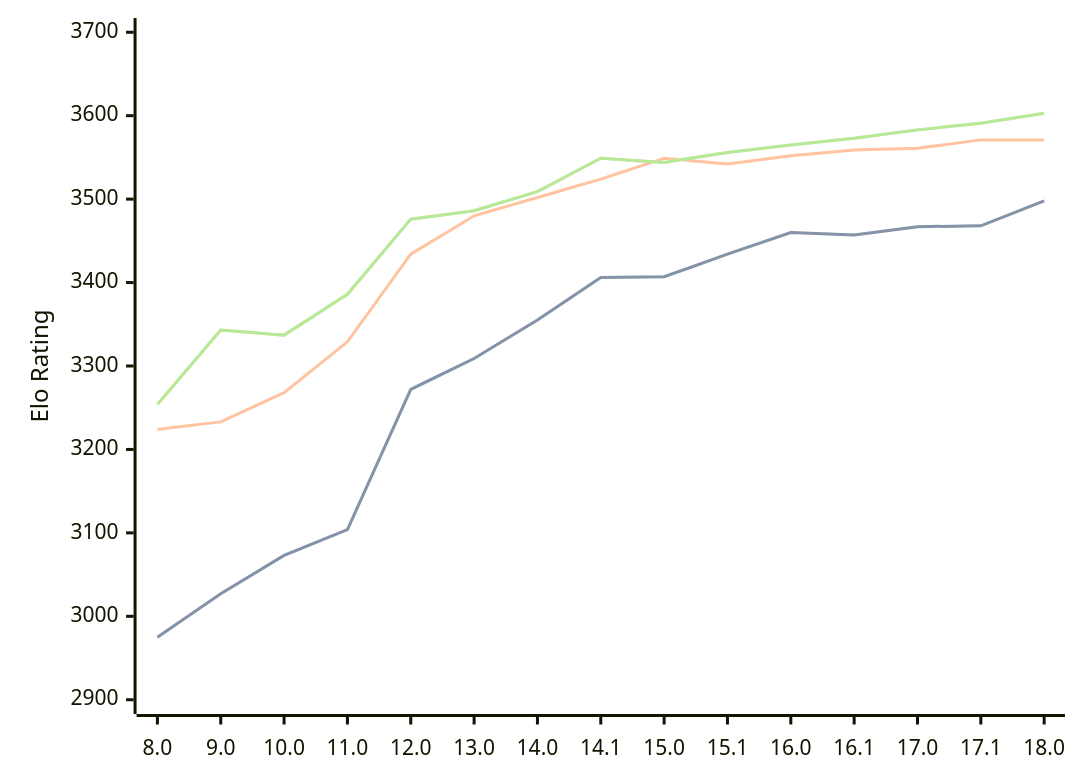
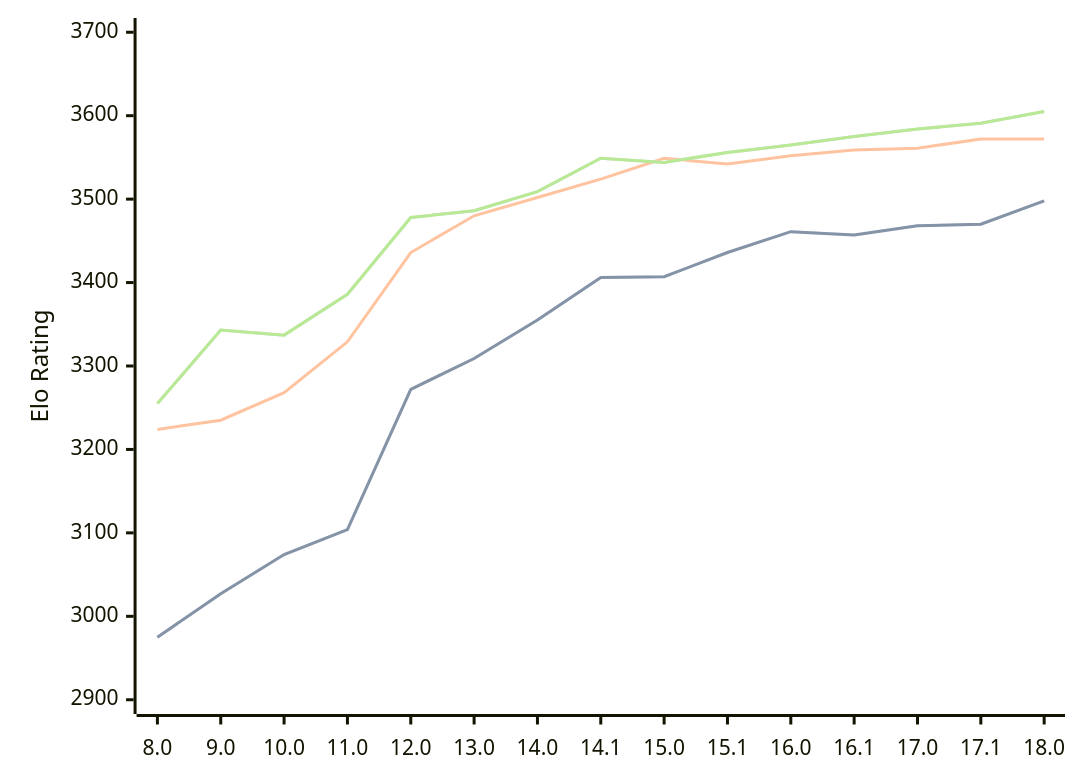
The diagram in engines/Stockfish.md (computer-chess-index/cci), drawn with Mermaid before and after one commit. The commit also changed other lines of this file, not shown here.

Commit message:
Update CCI Ratings (ELO VLTC) - 2026-05-21

````diff
--- a/engines/Stockfish.md
+++ b/engines/Stockfish.md
@@ -46,11 +46,11 @@
 ```mermaid
 %%{init: {"theme":"base","themeVariables":{"seriesColors:['#a3a3a3','#222221','#faa371']}}}%%
 xychart-beta
   x-axis ["8.0", "9.0", "10.0", "11.0", "12.0", "13.0", "14.0", "14.1", "15.0", "15.1", "16.0", "16.1", "17.0", "17.1", "18.0"]
   y-axis "Elo Rating" 2900 --> 3700
-  line "STC (8.0+0.08s)" [2975, 3027, 3073, 3104, 3272, 3309, 3355, 3406, 3407, 3434, 3460, 3457, 3467, 3468, 3498]
-  line "STC (8.0+0.08s)" [2975, 3027, 3073, 3104, 3272, 3309, 3355, 3406, 3407, 3434, 3460, 3457, 3467, 3468, 3498]
-  line "LTC (60.0+0.60s)" [3224, 3233, 3268, 3329, 3434, 3480, 3502, 3524, 3549, 3542, 3552, 3559, 3561, 3571, 3571]
-  line "VLTC (2m24s+1.12s)" [3254, 3343, 3337, 3386, 3476, 3486, 3509, 3549, 3544, 3556, 3565, 3573, 3583, 3591, 3603]
-  line "VLTC (2m24s+1.12s)" [3254, 3343, 3337, 3386, 3476, 3486, 3509, 3549, 3544, 3556, 3565, 3573, 3583, 3591, 3603]
+  line "STC (8.0+0.08s)" [2975, 3027, 3074, 3104, 3272, 3309, 3355, 3406, 3407, 3436, 3461, 3457, 3468, 3470, 3498]
+  line "STC (8.0+0.08s)" [2975, 3027, 3074, 3104, 3272, 3309, 3355, 3406, 3407, 3436, 3461, 3457, 3468, 3470, 3498]
+  line "LTC (60.0+0.60s)" [3224, 3235, 3268, 3329, 3436, 3480, 3502, 3524, 3549, 3542, 3552, 3559, 3561, 3572, 3572]
+  line "VLTC (2m24s+1.12s)" [3255, 3343, 3337, 3386, 3478, 3486, 3509, 3549, 3544, 3556, 3565, 3575, 3584, 3591, 3605]
+  line "VLTC (2m24s+1.12s)" [3255, 3343, 3337, 3386, 3478, 3486, 3509, 3549, 3544, 3556, 3565, 3575, 3584, 3591, 3605]
 ```
````
